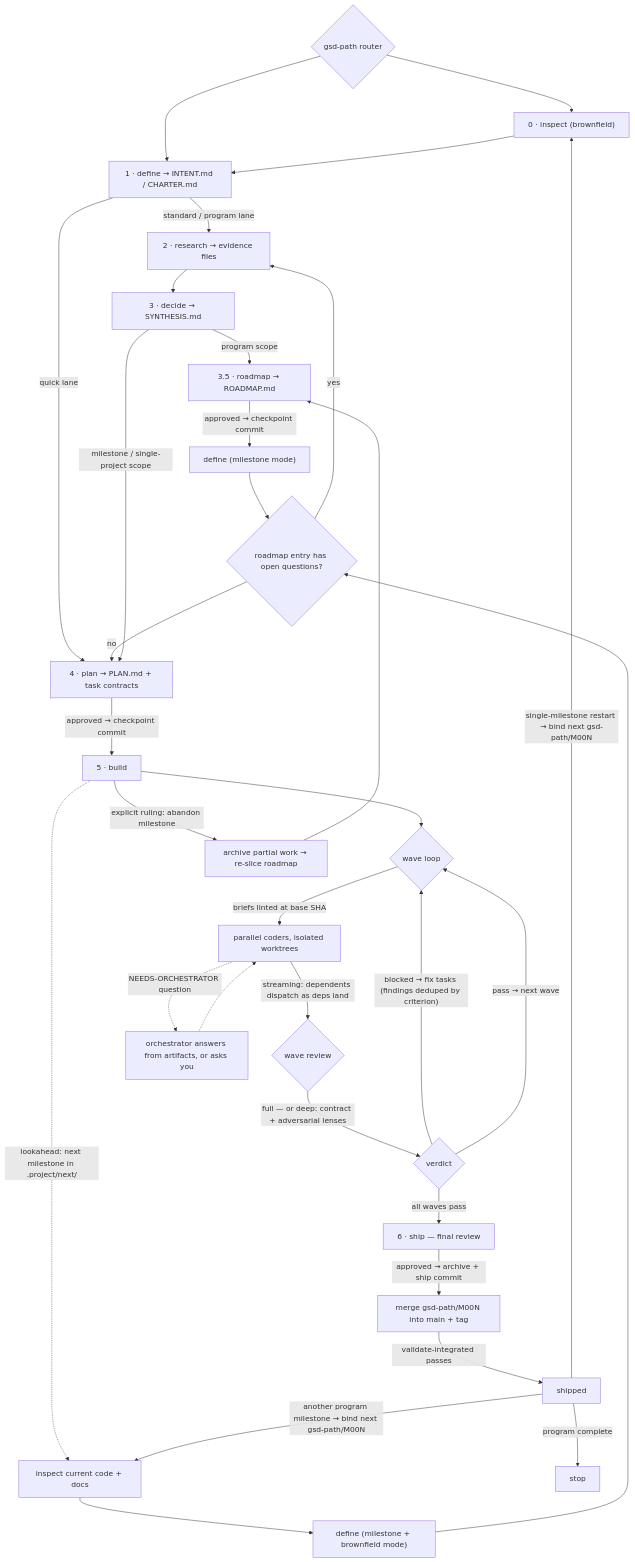
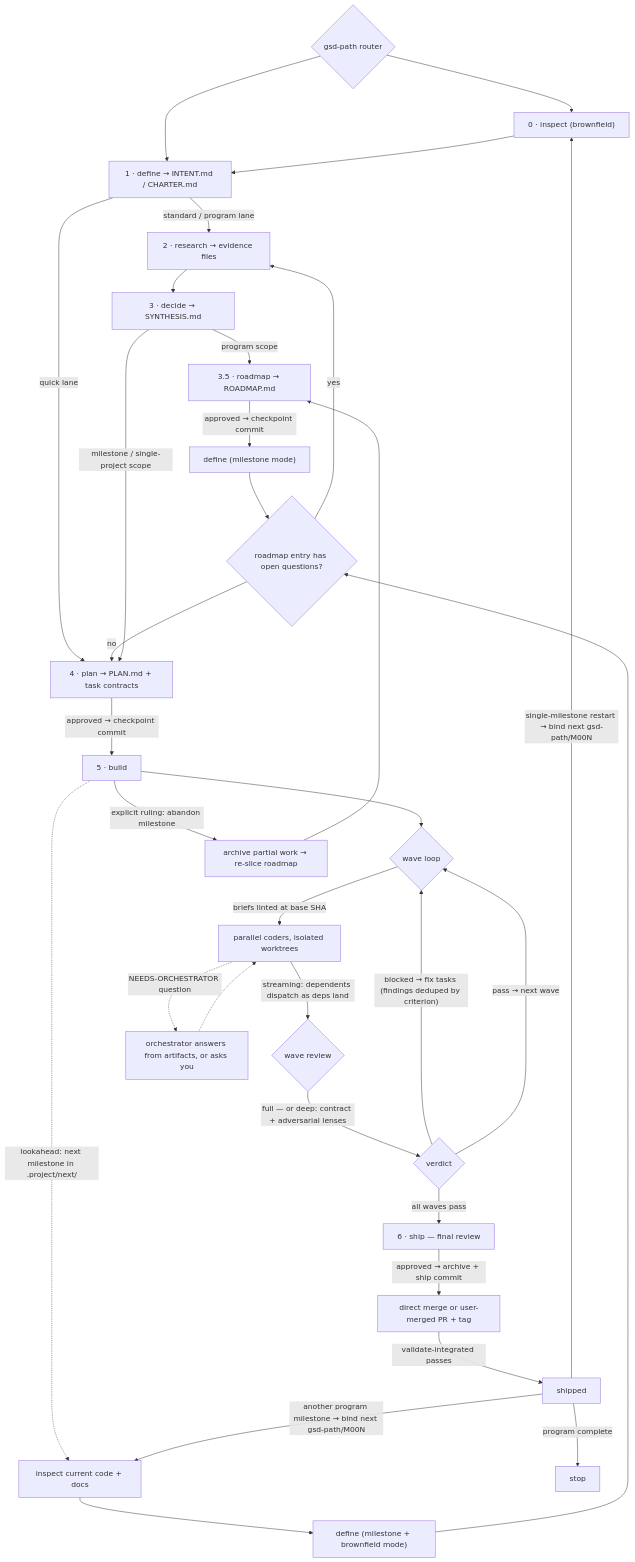
Before and after one commit to open-gsd/gsd-path: the diagram in README.md, drawn with Mermaid. The commit also changed other lines of this file and 41 other files, not shown here.

````diff
--- a/README.md
+++ b/README.md
@@ -73,35 +73,35 @@
 ```mermaid
 flowchart TD
     R{"gsd-path router"} --> I["0 · inspect (brownfield)"]
     R --> D["1 · define → INTENT.md / CHARTER.md"]
     I --> D
     D -->|"standard / program lane"| RE["2 · research → evidence files"]
     D -->|"quick lane"| P
     RE --> DE["3 · decide → SYNTHESIS.md"]
     DE -->|"program scope"| RM["3.5 · roadmap → ROADMAP.md"]
     RM -->|"approved → checkpoint commit"| DM["define (milestone mode)"]
     DM --> MQ{"roadmap entry has open questions?"}
     MQ -->|"yes"| RE
     MQ -->|"no"| P["4 · plan → PLAN.md + task contracts"]
     DE -->|"milestone / single-project scope"| P
     P -->|"approved → checkpoint commit"| B["5 · build"]
     B --> W{"wave loop"}
     W -->|"briefs linted at base SHA"| C["parallel coders, isolated worktrees"]
     C -->|"streaming: dependents dispatch as deps land"| V{"wave review"}
     V -->|"full — or deep: contract + adversarial lenses"| F{"verdict"}
     F -->|"blocked → fix tasks (findings deduped by criterion)"| W
     F -->|"pass → next wave"| W
     F -->|"all waves pass"| S["6 · ship — final review"]
     C -.->|"NEEDS-ORCHESTRATOR question"| O["orchestrator answers from artifacts, or asks you"]
     O -.-> C
     B -.->|"lookahead: next milestone in .project/next/"| MI["inspect current code + docs"]
     MI --> MB["define (milestone + brownfield mode)"]
     MB --> MQ
     B -->|"explicit ruling: abandon milestone"| AB["archive partial work → re-slice roadmap"]
     AB --> RM
-    S -->|"approved → archive + ship commit"| MG["merge gsd-path/M00N into main + tag"]
+    S -->|"approved → archive + ship commit"| MG["direct merge or user-merged PR + tag"]
     MG -->|"validate-integrated passes"| A["shipped"]
     A -->|"another program milestone → bind next gsd-path/M00N"| MI
     A -->|"single-milestone restart → bind next gsd-path/M00N"| I
     A -->|"program complete"| PC["stop"]
 ```
````
